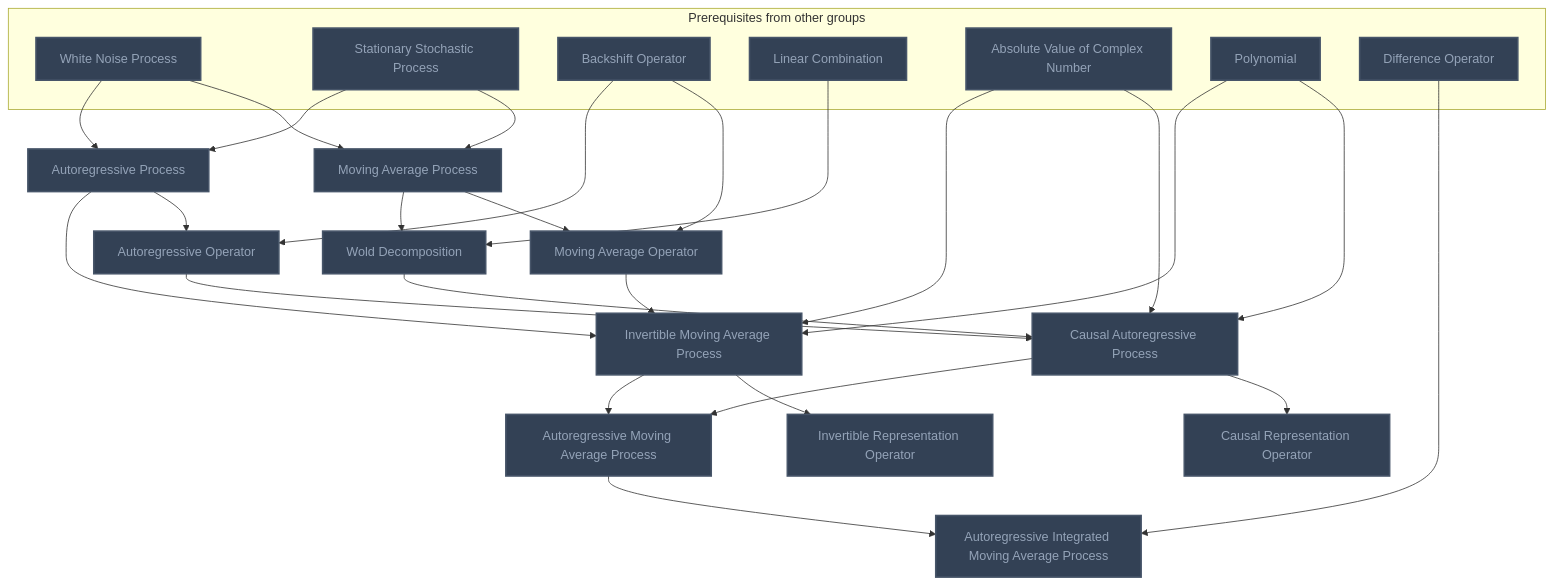
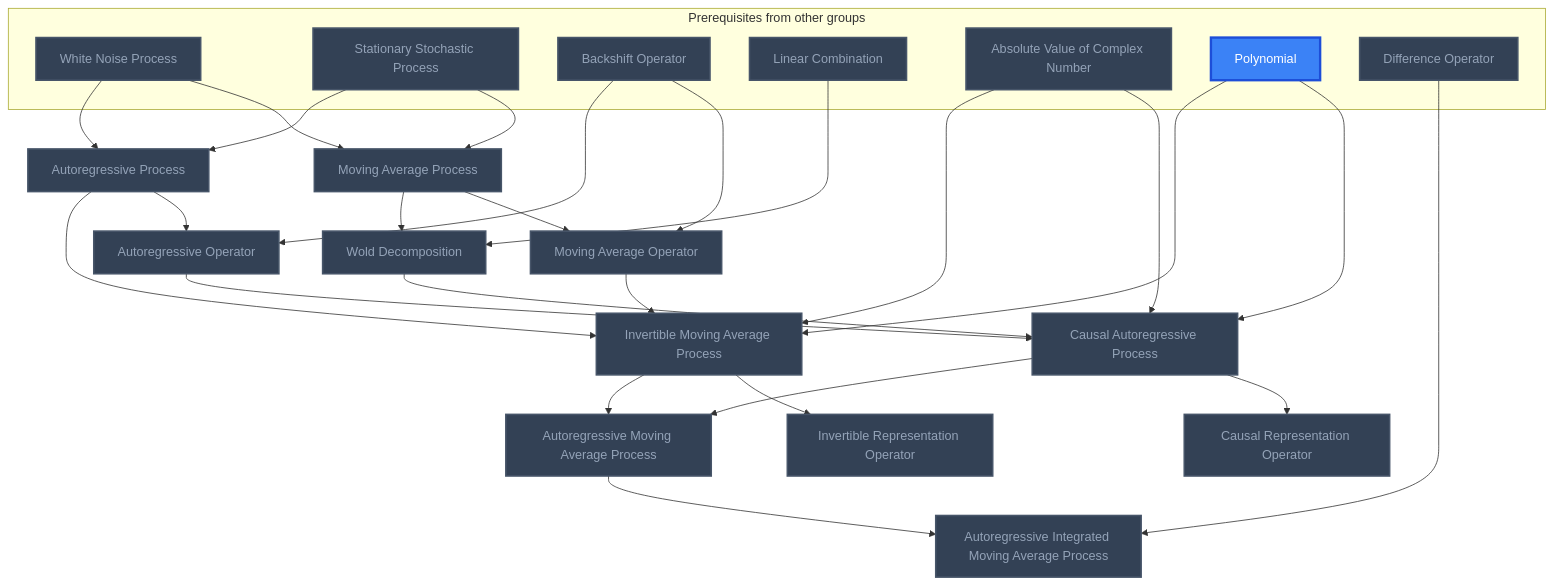
One commit to MRauf1/My-Notes changed the third of 3 diagrams in Gamification/Skill Trees/Time Series Analysis.md. Above: the diagram before and after it, drawn with Mermaid. The commit also changed 156 other files, not shown here.

````diff
--- a/Gamification/Skill Trees/Time Series Analysis.md
+++ b/Gamification/Skill Trees/Time Series Analysis.md
@@ -119,58 +119,59 @@
 ```mermaid
 flowchart TD
     classDef planned fill:#1E293B,stroke:#64748B,stroke-width:2px,stroke-dasharray:5 5,color:#94A3B8;
     classDef locked fill:#334155,stroke:#475569,stroke-width:2px,color:#94A3B8;
     classDef L0 fill:#F1F5F9,stroke:#94A3B8,stroke-width:2px,color:#000000;
     classDef L1 fill:#22C55E,stroke:#15803D,stroke-width:2px,color:#000000;
     classDef L2 fill:#3B82F6,stroke:#1D4ED8,stroke-width:3px,color:#FFFFFF;
     classDef L3 fill:#A855F7,stroke:#6B21A8,stroke-width:3px,color:#FFFFFF,font-weight:bold;
     classDef L4 fill:#F97316,stroke:#C2410C,stroke-width:4px,color:#000000,font-weight:bold;
     classDef L5 fill:#FFD700,stroke:#FF8C00,stroke-width:5px,color:#000000,font-weight:bold;
     classDef rusty stroke:#8B4513,stroke-width:4px,stroke-dasharray:3 3;
     subgraph sg_prereqs["Prerequisites from other groups"]
         n_white_noise_process["White Noise Process"]
         n_stationary_stochastic_process["Stationary Stochastic Process"]
         n_backshift_operator["Backshift Operator"]
         n_linear_combination["Linear Combination"]
         n_absolute_value_of_complex_number["Absolute Value of Complex Number"]
         n_polynomial["Polynomial"]
         n_difference_operator["Difference Operator"]
     end
     n_moving_average_process["Moving Average Process"]
     n_moving_average_operator["Moving Average Operator"]
     n_autoregressive_process["Autoregressive Process"]
     n_autoregressive_operator["Autoregressive Operator"]
     n_wold_decomposition["Wold Decomposition"]
     n_causal_autoregressive_process["Causal Autoregressive Process"]
     n_causal_representation_operator["Causal Representation Operator"]
     n_invertible_moving_average_process["Invertible Moving Average Process"]
     n_invertible_representation_operator["Invertible Representation Operator"]
     n_autoregressive_moving_average_process["Autoregressive Moving Average Process"]
     n_autoregressive_integrated_moving_average_process["Autoregressive Integrated Moving Average Process"]
     n_white_noise_process --> n_moving_average_process
     n_stationary_stochastic_process --> n_moving_average_process
     n_backshift_operator --> n_moving_average_operator
     n_moving_average_process --> n_moving_average_operator
     n_white_noise_process --> n_autoregressive_process
     n_stationary_stochastic_process --> n_autoregressive_process
     n_backshift_operator --> n_autoregressive_operator
     n_autoregressive_process --> n_autoregressive_operator
     n_linear_combination --> n_wold_decomposition
     n_moving_average_process --> n_wold_decomposition
     n_absolute_value_of_complex_number --> n_causal_autoregressive_process
     n_polynomial --> n_causal_autoregressive_process
     n_autoregressive_operator --> n_causal_autoregressive_process
     n_wold_decomposition --> n_causal_autoregressive_process
     n_causal_autoregressive_process --> n_causal_representation_operator
     n_absolute_value_of_complex_number --> n_invertible_moving_average_process
     n_polynomial --> n_invertible_moving_average_process
     n_moving_average_operator --> n_invertible_moving_average_process
     n_autoregressive_process --> n_invertible_moving_average_process
     n_invertible_moving_average_process --> n_invertible_representation_operator
     n_causal_autoregressive_process --> n_autoregressive_moving_average_process
     n_invertible_moving_average_process --> n_autoregressive_moving_average_process
     n_difference_operator --> n_autoregressive_integrated_moving_average_process
     n_autoregressive_moving_average_process --> n_autoregressive_integrated_moving_average_process
-    class n_white_noise_process,n_stationary_stochastic_process,n_backshift_operator,n_linear_combination,n_absolute_value_of_complex_number,n_polynomial,n_difference_operator,n_moving_average_process,n_moving_average_operator,n_autoregressive_process,n_autoregressive_operator,n_wold_decomposition,n_causal_autoregressive_process,n_causal_representation_operator,n_invertible_moving_average_process,n_invertible_representation_operator,n_autoregressive_moving_average_process,n_autoregressive_integrated_moving_average_process locked;
+    class n_white_noise_process,n_stationary_stochastic_process,n_backshift_operator,n_linear_combination,n_absolute_value_of_complex_number,n_difference_operator,n_moving_average_process,n_moving_average_operator,n_autoregressive_process,n_autoregressive_operator,n_wold_decomposition,n_causal_autoregressive_process,n_causal_representation_operator,n_invertible_moving_average_process,n_invertible_representation_operator,n_autoregressive_moving_average_process,n_autoregressive_integrated_moving_average_process locked;
+    class n_polynomial L2;
     class n_white_noise_process,n_stationary_stochastic_process,n_backshift_operator,n_linear_combination,n_absolute_value_of_complex_number,n_polynomial,n_difference_operator,n_moving_average_process,n_moving_average_operator,n_autoregressive_process,n_autoregressive_operator,n_wold_decomposition,n_causal_autoregressive_process,n_causal_representation_operator,n_invertible_moving_average_process,n_invertible_representation_operator,n_autoregressive_moving_average_process,n_autoregressive_integrated_moving_average_process internal-link;
 ```
````
